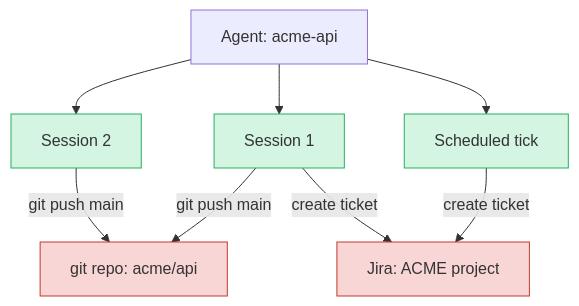
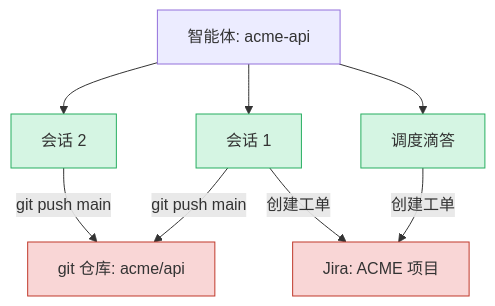
One commit to latere-ai/ai-as-an-infrastructure changed the third of 4 diagrams in zh/p5-orchestration/23-the-harness.qmd. Above: the diagram before and after it, drawn with Mermaid. The commit also changed other lines of this file and 73 other files, not shown here.

First line of the commit message:
book: add concept diagrams across all chapters, bilingual

````diff
--- a/zh/p5-orchestration/23-the-harness.qmd
+++ b/zh/p5-orchestration/23-the-harness.qmd
@@ -59,17 +108,19 @@
 ```{mermaid}
+%%| label: fig-harness-lock-altitude
+%%| fig-cap: "会话级锁对资源冲突而言是错误的高度。每个会话都被单独加锁，可同一个智能体的两个会话却在一个共享外部资源处相撞，而运行支架的锁够不着那里。"
 graph TB
     classDef locked fill:#d5f5e3,stroke:#27ae60
     classDef unlocked fill:#f9d6d6,stroke:#c0392b
 
-    A[Agent: acme-api] --> S1[Session 1]
-    A --> S2[Session 2]
-    A --> S3[Scheduled tick]
+    A["智能体: acme-api"] --> S1["会话 1"]
+    A --> S2["会话 2"]
+    A --> S3["调度滴答"]
 
-    S1 -->|git push main| GIT[git repo: acme/api]
+    S1 -->|git push main| GIT["git 仓库: acme/api"]
     S2 -->|git push main| GIT
-    S3 -->|create ticket| JIRA[Jira: ACME project]
-    S1 -->|create ticket| JIRA
+    S3 -->|创建工单| JIRA["Jira: ACME 项目"]
+    S1 -->|创建工单| JIRA
 
     class S1,S2,S3 locked
     class GIT,JIRA unlocked
 ```
````
